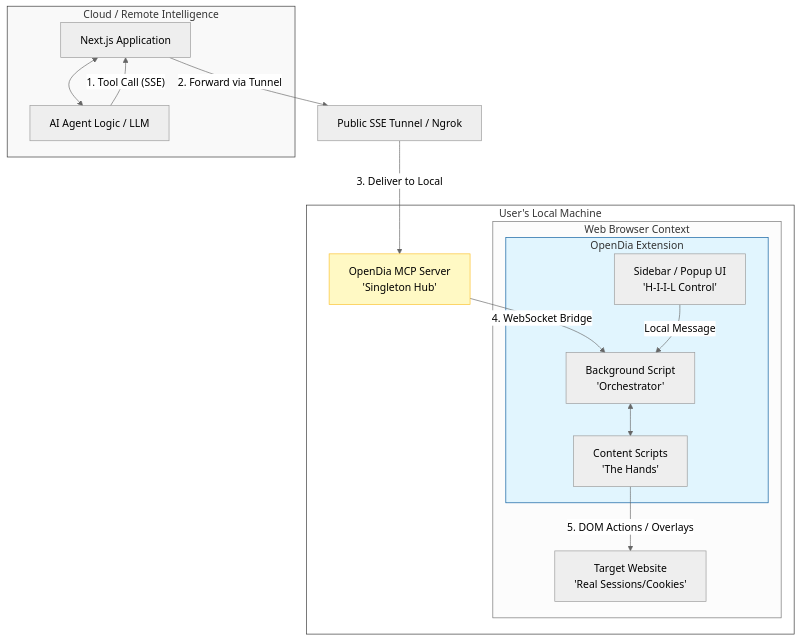
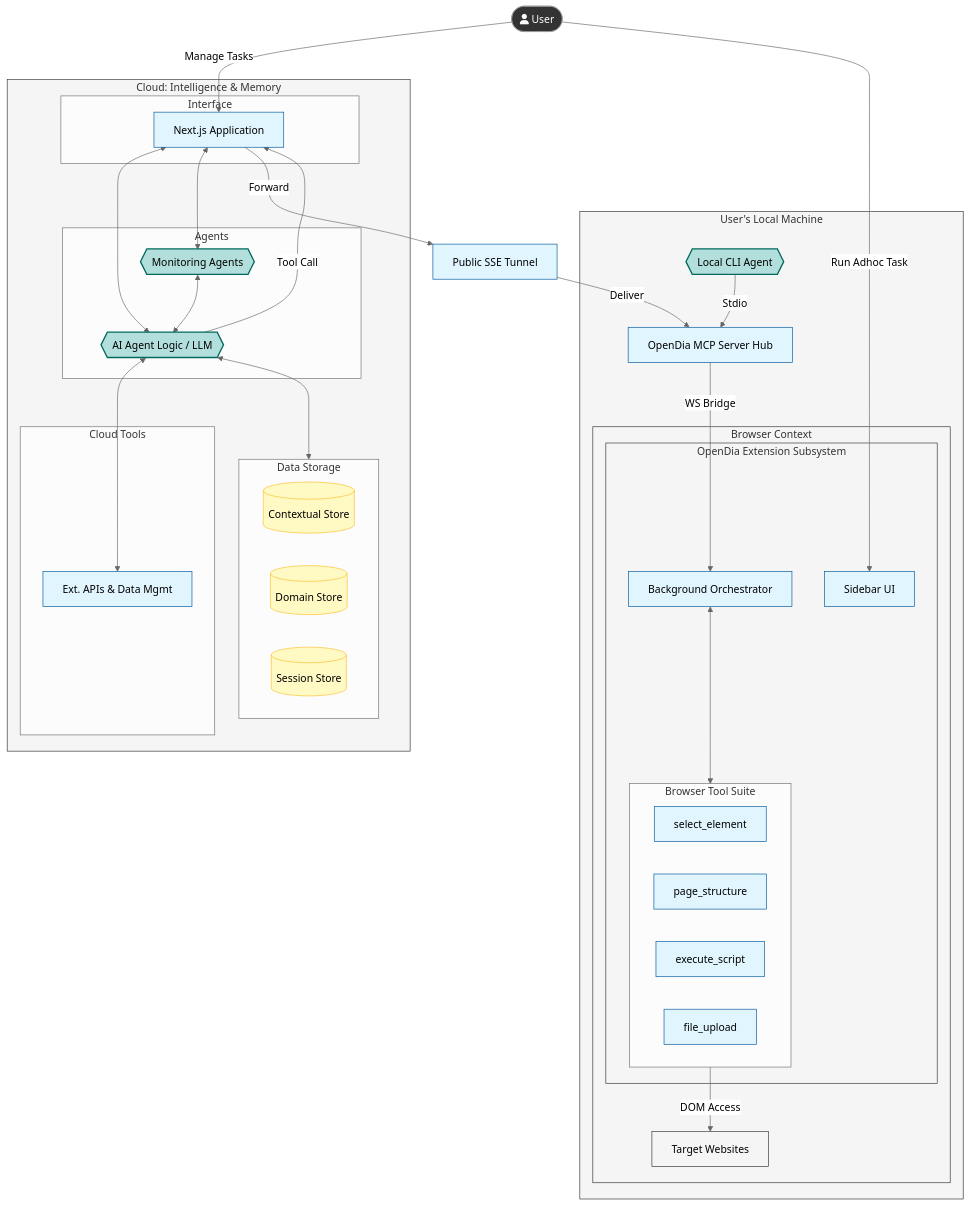
One commit to rothnic/opendia changed the diagram in ARCHITECTURE.md. Above: the diagram before and after it, drawn with Mermaid (neutral theme). The commit also changed other lines of this file, not shown here.

Commit message:
docs: finalize architecture diagram with consistent coloring, agent differentiation, and tool suite examples

````diff
--- a/ARCHITECTURE.md
+++ b/ARCHITECTURE.md
@@ -9,42 +9,85 @@
 ```mermaid
 graph TD
+    %% User Figure
+    User([fa:fa-user User])
+
     %% Cloud Subsystem
-    subgraph CloudSubsystem [Cloud / Remote Intelligence]
-        WebApp[Next.js Application]
-        AgentBrain[AI Agent Logic / LLM]
+    subgraph CloudSubsystem [Cloud: Intelligence & Memory]
+        subgraph AppLayer [Interface]
+            WebApp[Next.js Application]
+        end
+
+        subgraph IntelligenceLayer [Agents]
+            AgentBrain{{AI Agent Logic / LLM}}
+            MonitoringAgents{{Monitoring Agents}}
+        end
+
+        subgraph StorageLayer [Data Storage]
+            ContextStore[(Contextual Store)]
+            DomainStore[(Domain Store)]
+            SessionStore[(Session Store)]
+        end
+
+        subgraph CloudTools [Cloud Tools]
+            ExternalTools[Ext. APIs & Data Mgmt]
+        end
+
         WebApp <--> AgentBrain
+        WebApp <--> MonitoringAgents
+        MonitoringAgents <--> AgentBrain
+        AgentBrain <--> ExternalTools
+        AgentBrain <--> StorageLayer
     end
 
     %% Network Hub
-    Tunnel[Public SSE Tunnel / Ngrok]
+    Tunnel[Public SSE Tunnel]
 
     %% Local Machine Subsystem
     subgraph LocalMachine [User's Local Machine]
-        MCP[OpenDia MCP Server<br/>'Singleton Hub']
+        MCP[OpenDia MCP Server Hub]
         
-        subgraph BrowserSubsystem [Web Browser Context]
-            subgraph ExtensionSubsystem [OpenDia Extension]
-                BG[Background Script<br/>'Orchestrator']
-                CS[Content Scripts<br/>'The Hands']
-                Sidebar[Sidebar / Popup UI<br/>'H-I-I-L Control']
+        subgraph Browsers [Browser Context]
+            subgraph ExtensionSubsystem [OpenDia Extension Subsystem]
+                BG[Background Orchestrator]
+                
+                subgraph ToolExecution [Browser Tool Suite]
+                    CS_Select[select_element]
+                    CS_Structure[page_structure]
+                    CS_Script[execute_script]
+                    CS_Upload[file_upload]
+                end
+                
+                Sidebar[Sidebar UI]
             end
             
-            WebPage[Target Website<br/>'Real Sessions/Cookies']
+            WebPage[Target Websites]
         end
+        
+        LocalCLI{{Local CLI Agent}}
     end
 
+    %% Human Interactions
+    User -- "Manage Tasks" --> WebApp
+    User -- "Run Adhoc Task" --> Sidebar
+
     %% Communication Flow
-    AgentBrain -- "1. Tool Call (SSE)" --> WebApp
-    WebApp -- "2. Forward via Tunnel" --> Tunnel
-    Tunnel -- "3. Deliver to Local" --> MCP
-    MCP -- "4. WebSocket Bridge" --> BG
-    BG <--> CS
-    Sidebar -- "Local Message" --> BG
-    CS -- "5. DOM Actions / Overlays" --> WebPage
+    AgentBrain -- "Tool Call" --> WebApp
+    WebApp -- "Forward" --> Tunnel
+    Tunnel -- "Deliver" --> MCP
+    MCP -- "WS Bridge" --> BG
+    BG <--> ToolExecution
+    ToolExecution -- "DOM Access" --> WebPage
+    LocalCLI -- "Stdio" --> MCP
 
     %% Styling
-    style CloudSubsystem fill:#f9f9f9,stroke:#333
-    style LocalMachine fill:#fff,stroke:#333
-    style ExtensionSubsystem fill:#e1f5fe,stroke:#01579b
-    style MCP fill:#fff9c4,stroke:#fbc02d
+    classDef agent fill:#b2dfdb,stroke:#00695c,stroke-width:2px;
+    classDef tool fill:#e1f5fe,stroke:#01579b,stroke-width:1px;
+    classDef storage fill:#fff9c4,stroke:#fbc02d,stroke-width:1px;
+    classDef infra fill:#f5f5f5,stroke:#333,stroke-width:1px;
+
+    class AgentBrain,MonitoringAgents,LocalCLI agent;
+    class WebApp,MCP,BG,CS_Select,CS_Structure,CS_Script,CS_Upload,Sidebar,ExternalTools,Tunnel tool;
+    class ContextStore,DomainStore,SessionStore storage;
+    class WebPage,LocalMachine,CloudSubsystem,Browsers,ExtensionSubsystem infra;
+    style User fill:#333,color:#fff
 ```
````
